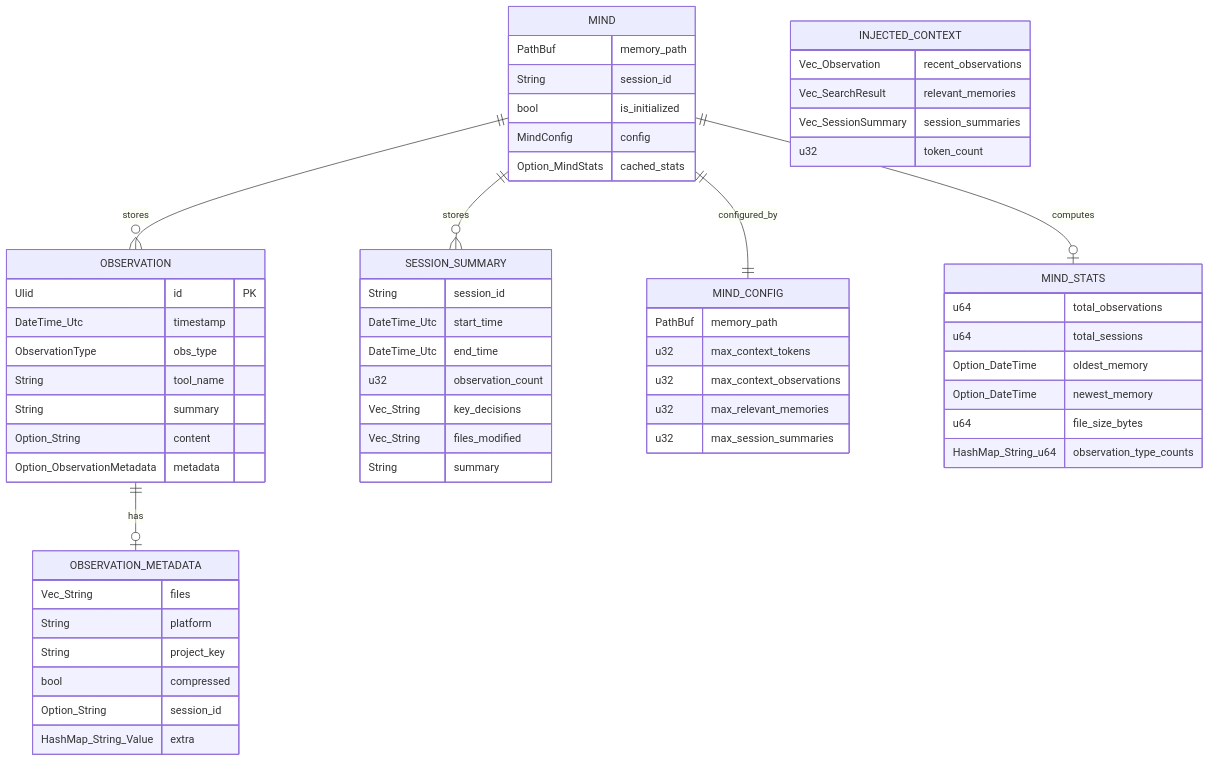
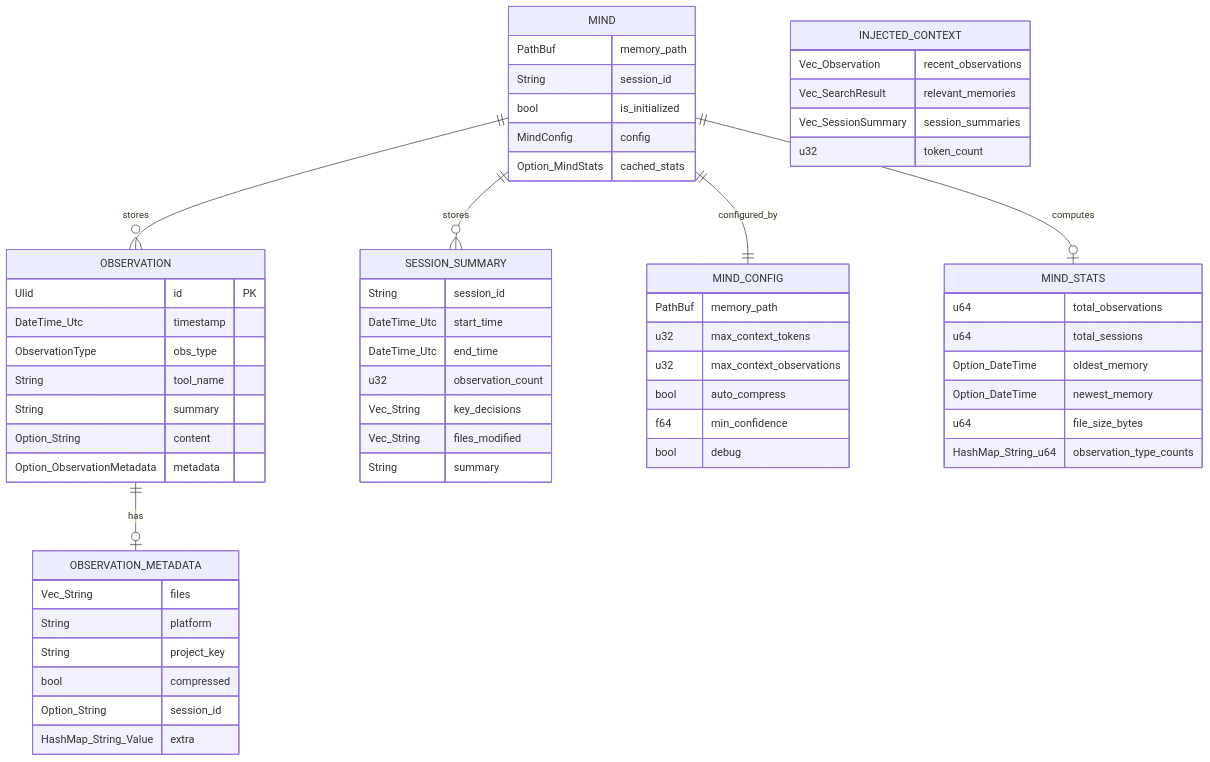
The diagram in specs/003-core-memory-engine/data-model.md (brianluby/rusty-brain), drawn with Mermaid before and after one commit. The commit also changed other lines of this file and 2 other files, not shown here.

````diff
--- a/specs/003-core-memory-engine/data-model.md
+++ b/specs/003-core-memory-engine/data-model.md
@@ -7,70 +7,71 @@
 ```mermaid
 erDiagram
     MIND ||--o{ OBSERVATION : stores
     MIND ||--o{ SESSION_SUMMARY : stores
     MIND ||--|| MIND_CONFIG : configured_by
     MIND ||--o| MIND_STATS : computes
 
     MIND {
         PathBuf memory_path
         String session_id
         bool is_initialized
         MindConfig config
         Option_MindStats cached_stats
     }
 
     OBSERVATION {
         Ulid id PK
         DateTime_Utc timestamp
         ObservationType obs_type
         String tool_name
         String summary
         Option_String content
         Option_ObservationMetadata metadata
     }
 
     OBSERVATION_METADATA {
         Vec_String files
         String platform
         String project_key
         bool compressed
         Option_String session_id
         HashMap_String_Value extra
     }
 
     OBSERVATION ||--o| OBSERVATION_METADATA : has
 
     SESSION_SUMMARY {
         String session_id
         DateTime_Utc start_time
         DateTime_Utc end_time
         u32 observation_count
         Vec_String key_decisions
         Vec_String files_modified
         String summary
     }
 
     MIND_CONFIG {
         PathBuf memory_path
         u32 max_context_tokens
         u32 max_context_observations
-        u32 max_relevant_memories
-        u32 max_session_summaries
+        bool auto_compress
+        f64 min_confidence
+        bool debug
     }
 
     MIND_STATS {
         u64 total_observations
         u64 total_sessions
         Option_DateTime oldest_memory
         Option_DateTime newest_memory
         u64 file_size_bytes
         HashMap_String_u64 observation_type_counts
     }
 
     INJECTED_CONTEXT {
         Vec_Observation recent_observations
         Vec_SearchResult relevant_memories
         Vec_SessionSummary session_summaries
         u32 token_count
     }
 ```
````
